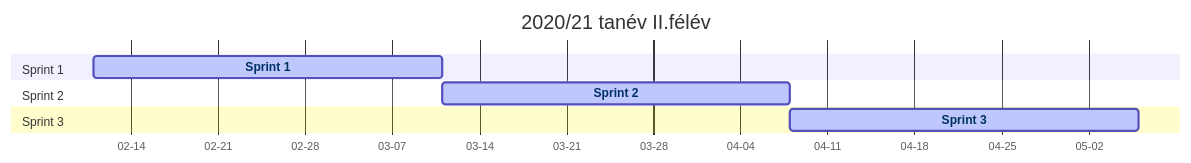
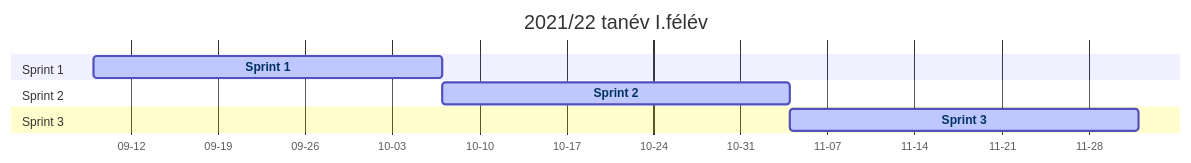
Before and after one commit to pintergreg/handout: the diagram in src/schedule.md, drawn with Mermaid. The commit also changed other lines of this file, not shown here.

```diff
--- a/src/schedule.md
+++ b/src/schedule.md
@@ -26,15 +26,15 @@
 <div class="mermaid">
     gantt
     dateFormat  YYYY-MM-DD
     axisFormat  %m-%d
-    title 2020/21 tanév II.félév
+    title 2021/22 tanév I.félév
     section Sprint 1
-        Sprint 1 :active, sprint1, 2021-02-11, 4w
+        Sprint 1 :active, sprint1, 2021-09-09, 4w
     section Sprint 2
         Sprint 2 :active, sprint2, after sprint1, 4w
     section Sprint 3
         Sprint 3 :active, sprint3, after sprint2, 4w
     click sprint1 href "./sprint_1.html"
     click sprint2 href "./sprint_2.html"
     click sprint3 href "./sprint_3.html"
 </div>
```
